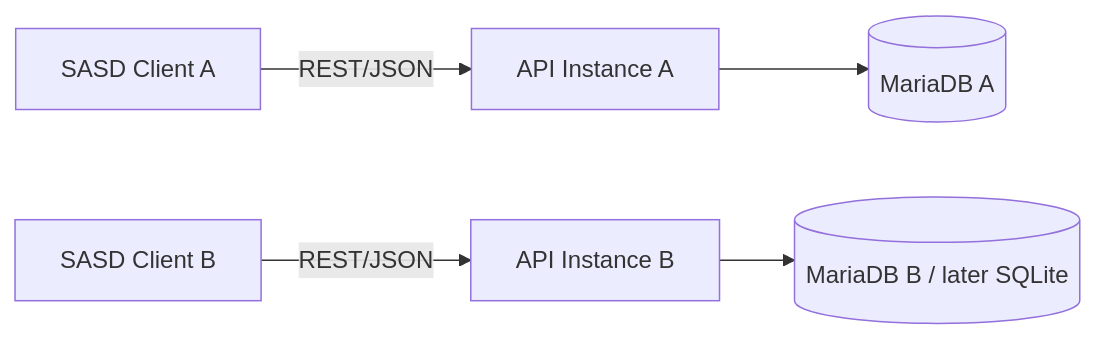
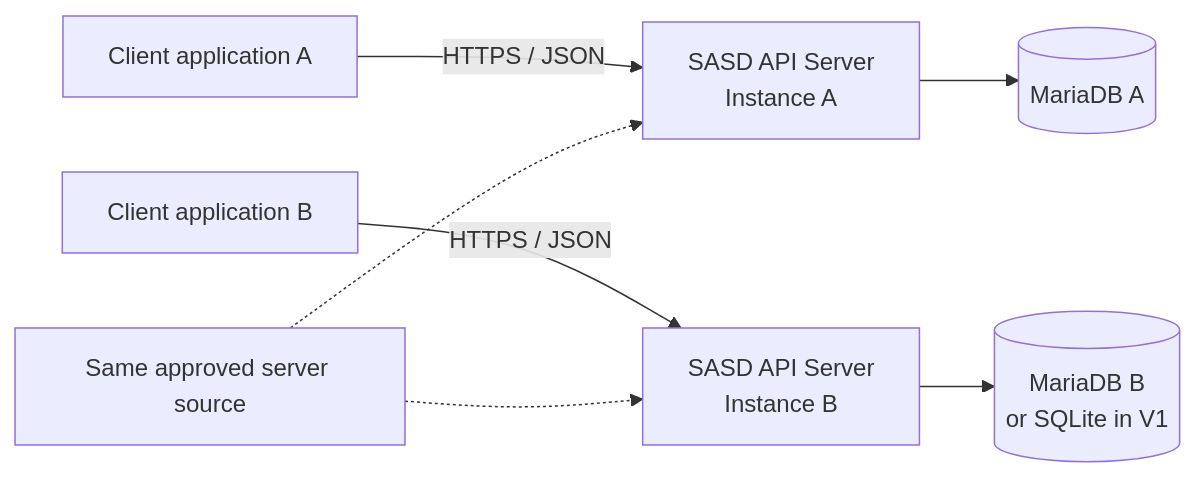
One commit to Robin-Goerlach/SASD-API-Server changed the first of 2 diagrams in README.md. Above: the diagram before and after it, drawn with Mermaid. The commit also changed other lines of this file, not shown here.

Commit message:
docs: expand English root README with V0/V1 scope, API examples, architecture, security, testing and roadmap

```diff
--- a/README.md
+++ b/README.md
@@ -14,7 +53,9 @@
 ~~~mermaid
 flowchart LR
-    A["SASD Client A"] -->|"REST/JSON"| APIA["API Instance A"]
-    B["SASD Client B"] -->|"REST/JSON"| APIB["API Instance B"]
-    APIA --> DB1[("MariaDB A")]
-    APIB --> DB2[("MariaDB B / later SQLite")]
+    Client1["Client application A"] -->|"HTTPS / JSON"| API1["SASD API Server<br/>Instance A"]
+    Client2["Client application B"] -->|"HTTPS / JSON"| API2["SASD API Server<br/>Instance B"]
+    API1 --> SQL1[("MariaDB A")]
+    API2 --> SQL2[("MariaDB B<br/>or SQLite in V1")]
+    Shared["Same approved server source"] -.-> API1
+    Shared -.-> API2
 ~~~
```
